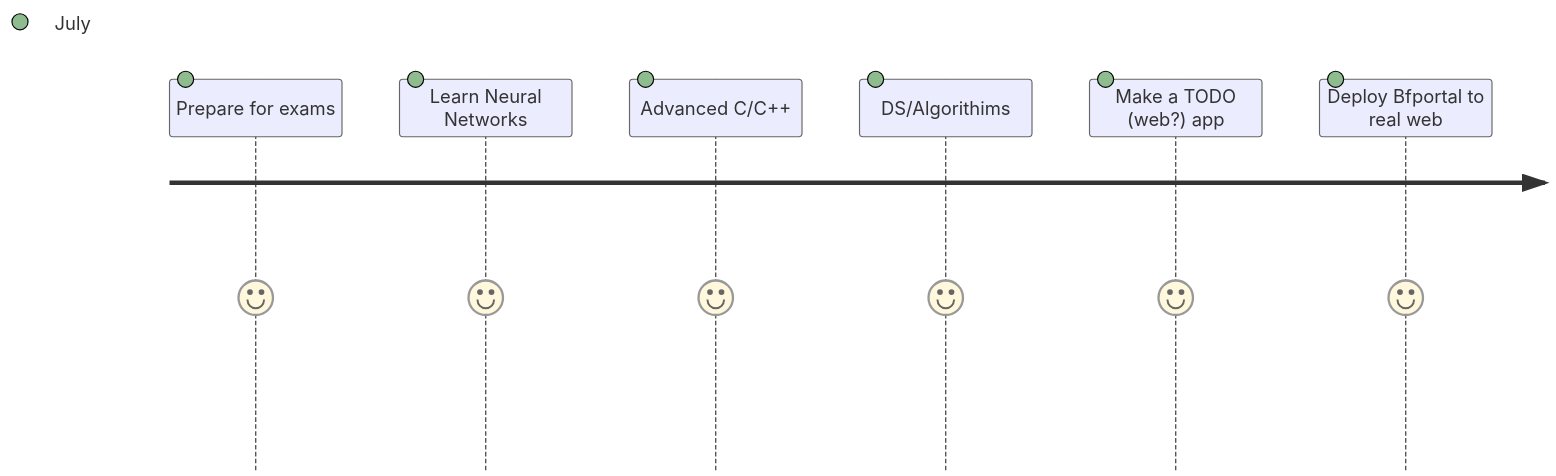
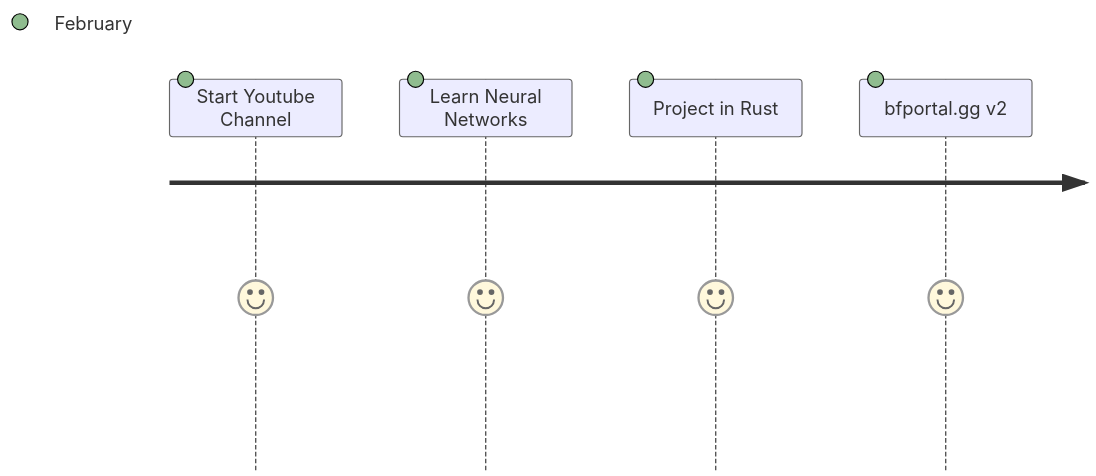
One commit to p0lygun/p0lygun changed the second of 2 diagrams in README.md. Above: the diagram before and after it, drawn with Mermaid. The commit also changed other lines of this file, not shown here.

Commit message:
update todo for feb

````diff
--- a/README.md
+++ b/README.md
@@ -26,9 +30,7 @@
 ```mermaid
 journey
-    Prepare for exams:5:July
-    Learn Neural Networks: 5: July
-    Advanced C/C++: 5: July
-    DS/Algorithims:5:July
-    Make a TODO (web?) app:5:July
-    Deploy Bfportal to real web:5:July
+    Start Youtube Channel:5:February
+    Learn Neural Networks: 5:February 
+    Project in Rust:5:February
+    bfportal.gg v2:5:February  
 ```
````
